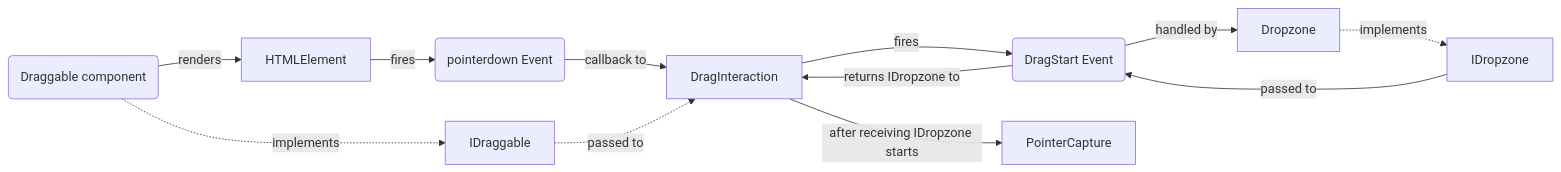
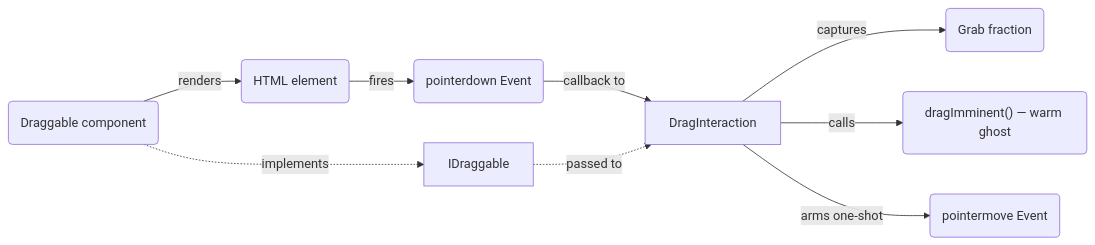
Before and after one commit to vicione-oss/vicione-ui-libs-blazor-components: the first of 6 diagrams in src/ViciOne.Ui.Blazor.Components/Draggable/README.md, drawn with Mermaid. The commit also changed other lines of this file and 77 other files, not shown here.

Commit message:
Resolve "DragInteraction, make creation of draggable clone customizable"

````diff
--- a/src/ViciOne.Ui.Blazor.Components/Draggable/README.md
+++ b/src/ViciOne.Ui.Blazor.Components/Draggable/README.md
@@ -15,16 +17,13 @@
 ```mermaid
 flowchart LR
     DraggableComponent("Draggable component")-. implements .->IDraggable
-    DraggableComponent-- renders -->HTMLElement
+    DraggableComponent-- renders -->HTMLElement("HTML element")
 
     HTMLElement-- fires -->PointerDownEvent("pointerdown Event")
     PointerDownEvent-- callback to -->DragInteraction
-    DragInteraction-- fires -->DragStartEvent("DragStart Event")
-    DragStartEvent-- handled by -->Dropzone
-    Dropzone-. implements .->IDropzone
-    IDropzone-- passed to -->DragStartEvent
-    DragStartEvent-- returns IDropzone to -->DragInteraction
-    DragInteraction-- after receiving IDropzone starts -->PointerCapture
+    DragInteraction-- captures -->GrabFraction("Grab fraction")
+    DragInteraction-- calls -->DragImminent("dragImminent() — warm ghost")
+    DragInteraction-- arms one-shot -->PointerMoveEvent("pointermove Event")
 
     IDraggable-. passed to .->DragInteraction
 ```
````
